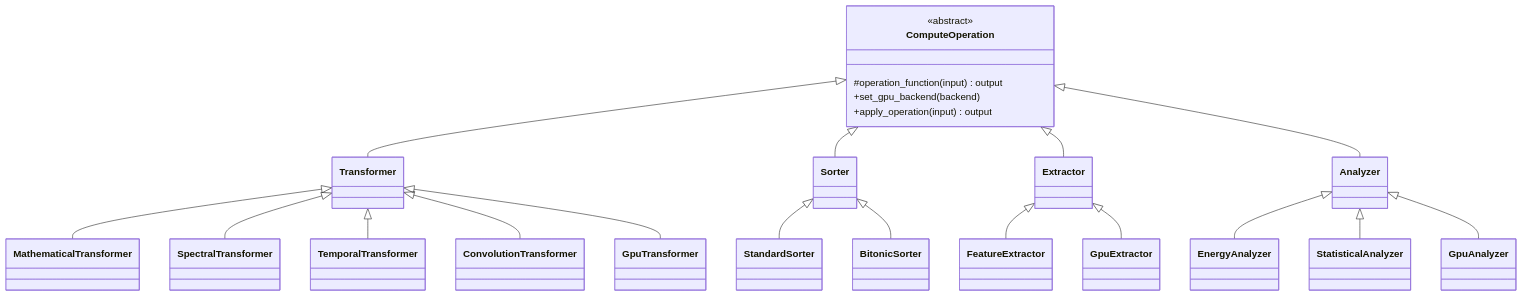
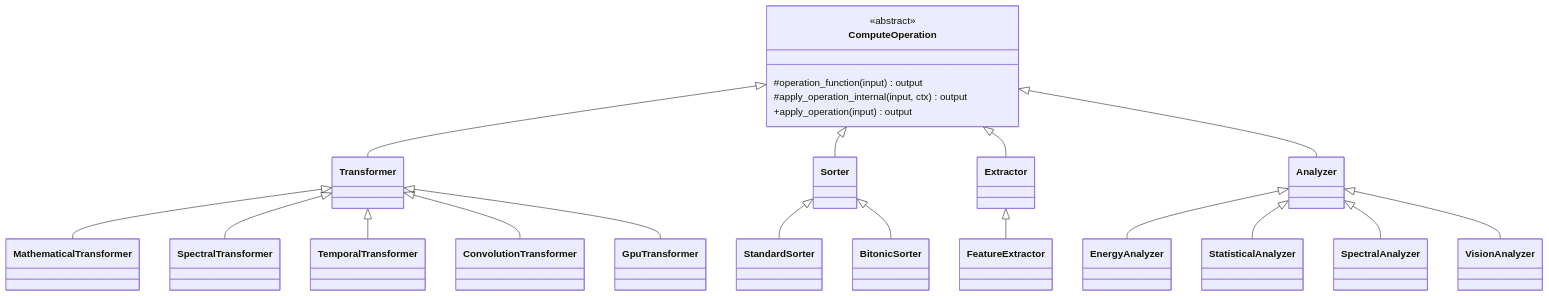
Before and after one commit to MayaFlux/MayaFlux: the ninth of 14 diagrams in docs/GPGPU-Guide.md, drawn with Mermaid. The commit also changed other lines of this file and 3 other files, not shown here.

````diff
--- a/docs/GPGPU-Guide.md
+++ b/docs/GPGPU-Guide.md
@@ -547,25 +642,25 @@
 ```mermaid
 classDiagram
     class ComputeOperation {
         <<abstract>>
         #operation_function(input) output
-        +set_gpu_backend(backend)
+        #apply_operation_internal(input, ctx) output
         +apply_operation(input) output
     }
     ComputeOperation <|-- Transformer
     ComputeOperation <|-- Sorter
     ComputeOperation <|-- Extractor
     ComputeOperation <|-- Analyzer
     Transformer <|-- MathematicalTransformer
     Transformer <|-- SpectralTransformer
     Transformer <|-- TemporalTransformer
     Transformer <|-- ConvolutionTransformer
     Transformer <|-- GpuTransformer
     Sorter <|-- StandardSorter
     Sorter <|-- BitonicSorter
     Extractor <|-- FeatureExtractor
-    Extractor <|-- GpuExtractor
     Analyzer <|-- EnergyAnalyzer
     Analyzer <|-- StatisticalAnalyzer
-    Analyzer <|-- GpuAnalyzer
+    Analyzer <|-- SpectralAnalyzer
+    Analyzer <|-- VisionAnalyzer
 ```
````
